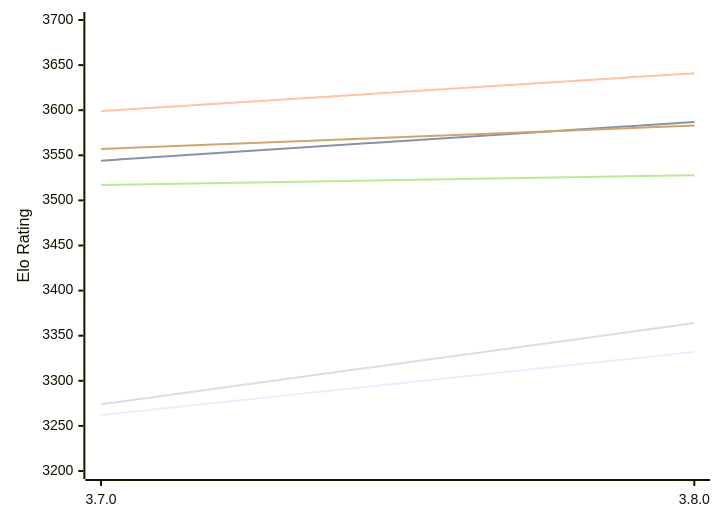
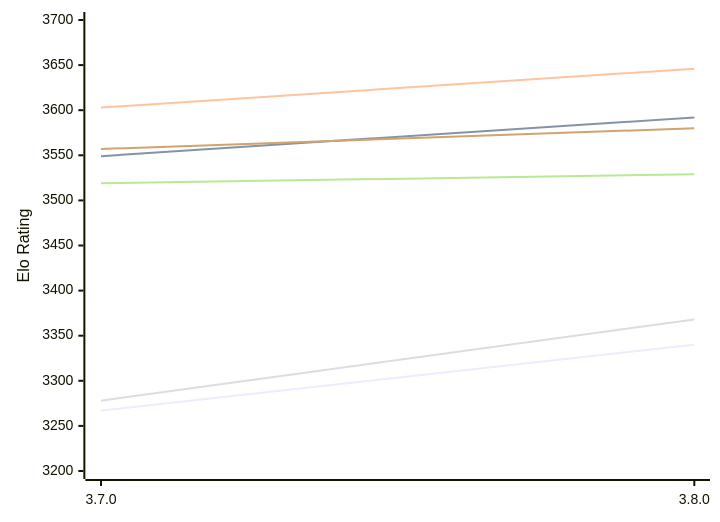
The first of 2 diagrams in engines/Igel.md (computer-chess-index/cci), drawn with Mermaid before and after one commit. The commit also changed other lines of this file, not shown here.

Commit message:
Update CCI Ratings (ELO VLTC) - 2026-11-20

````diff
--- a/engines/Igel.md
+++ b/engines/Igel.md
@@ -51,12 +51,12 @@
 ```mermaid
 %%{init: {"theme":"base","themeVariables":{"seriesColors:['#a3a3a3','#222221','#faa371']}}}%%
 xychart-beta
   x-axis ["3.7.0", "3.8.0"]
   y-axis "Elo Rating" 3200 --> 3700
-  line "E1: STC (8.0+0.08s)" [3262, 3332]
-  line "E1: LTC (60.0+0.60s)" [3544, 3587]
-  line "E1: VLTC (2m24s+1.12s)" [3599, 3641]
-  line "P1: STC (8.0+0.08s)" [3274, 3364]
-  line "P1: LTC (60.0+0.60s)" [3517, 3528]
-  line "P1: VLTC (2m24s+1.12s)" [3557, 3583]
+  line "E1: STC (8.0+0.08s)" [3267, 3340]
+  line "E1: LTC (60.0+0.60s)" [3549, 3592]
+  line "E1: VLTC (2m24s+1.12s)" [3603, 3646]
+  line "P1: STC (8.0+0.08s)" [3278, 3368]
+  line "P1: LTC (60.0+0.60s)" [3519, 3529]
+  line "P1: VLTC (2m24s+1.12s)" [3557, 3580]
 ```
````
